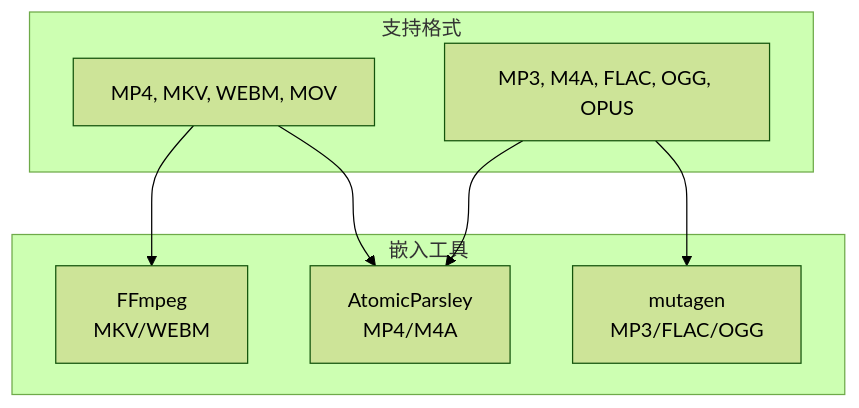
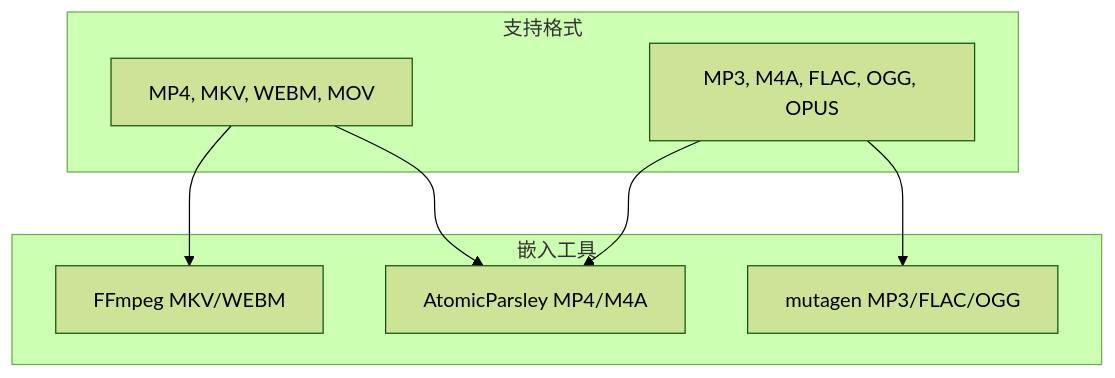
One commit to prideicker/FluentYTDL changed diagram 20 of 24 in docs/ARCHITECTURE.md. Above: the diagram before and after it, drawn with Mermaid (forest theme). The commit also changed other lines of this file, not shown here.

Commit message:
fix: 修复所有 Mermaid 图表 GitHub 渲染问题 (移除 br 标签和特殊字符)

````diff
--- a/docs/ARCHITECTURE.md
+++ b/docs/ARCHITECTURE.md
@@ -1169,18 +1169,18 @@
 ```mermaid
 flowchart TB
     subgraph Tools["嵌入工具"]
-        AP[AtomicParsley<br/>MP4/M4A]
-        FF[FFmpeg<br/>MKV/WEBM]
-        MG[mutagen<br/>MP3/FLAC/OGG]
+        AP["AtomicParsley MP4/M4A"]
+        FF["FFmpeg MKV/WEBM"]
+        MG["mutagen MP3/FLAC/OGG"]
     end
     
     subgraph Formats["支持格式"]
-        Video[MP4, MKV, WEBM, MOV]
-        Audio[MP3, M4A, FLAC, OGG, OPUS]
+        Video["MP4, MKV, WEBM, MOV"]
+        Audio["MP3, M4A, FLAC, OGG, OPUS"]
     end
     
     Video --> AP
     Video --> FF
     Audio --> MG
     Audio --> AP
 ```
````
